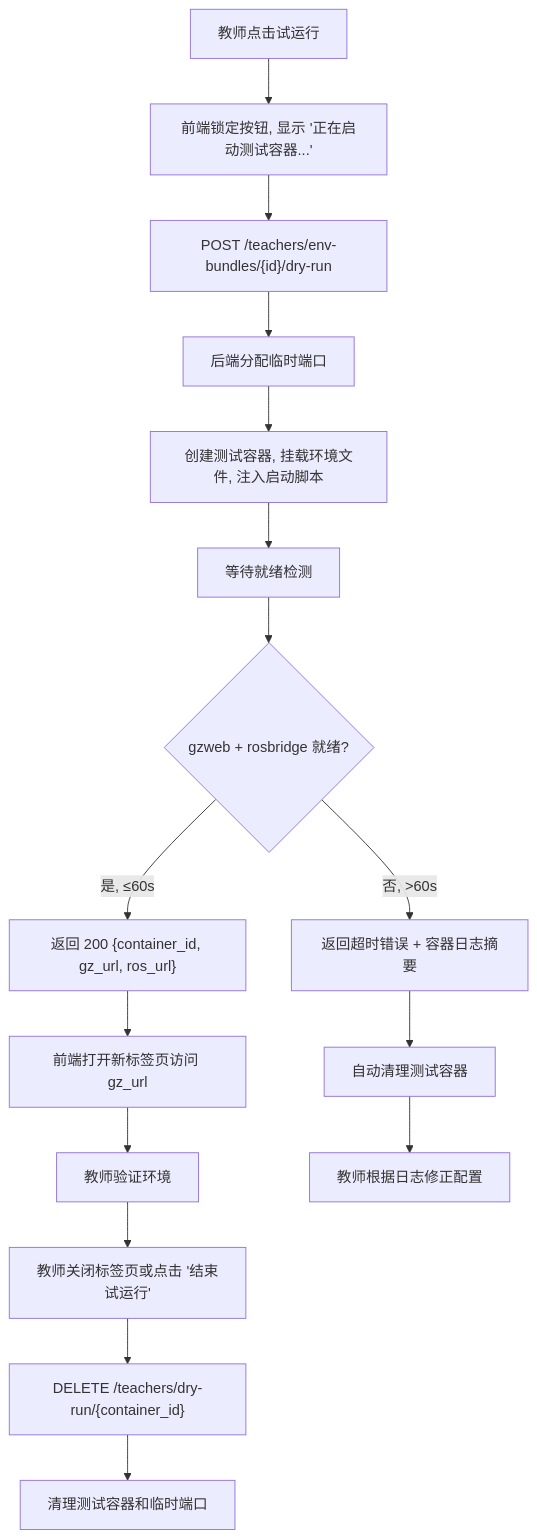
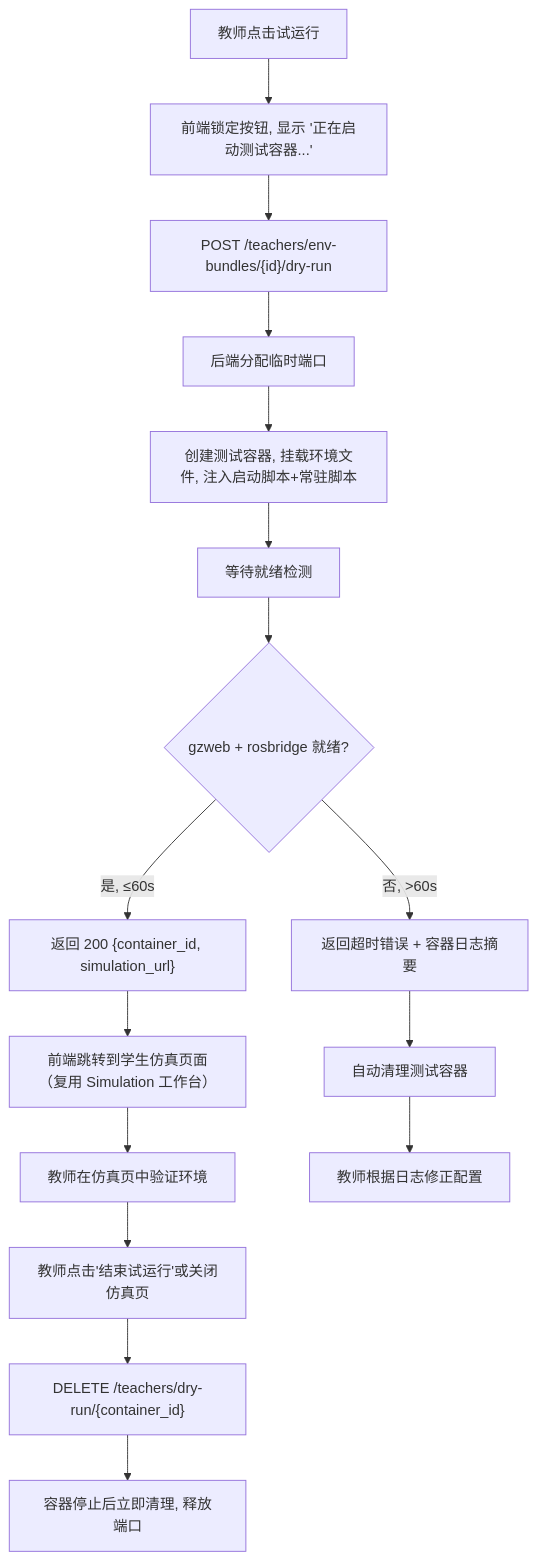
The sixth of 6 diagrams in docs/第10期/SDD-第10期补充：实验管理增强与资源管理体系.md (Thouder03/edubot-twin), drawn with Mermaid before and after one commit. The commit also changed other lines of this file, not shown here.

````diff
--- a/docs/第10期/SDD-第10期补充：实验管理增强与资源管理体系.md
+++ b/docs/第10期/SDD-第10期补充：实验管理增强与资源管理体系.md
@@ -302,18 +342,18 @@
 ```mermaid
 flowchart TD
   A[教师点击试运行] --> B[前端锁定按钮, 显示 '正在启动测试容器...']
   B --> C["POST /teachers/env-bundles/{id}/dry-run"]
   C --> D[后端分配临时端口]
-  D --> E[创建测试容器, 挂载环境文件, 注入启动脚本]
+  D --> E[创建测试容器, 挂载环境文件, 注入启动脚本+常驻脚本]
   E --> F[等待就绪检测]
   F --> G{gzweb + rosbridge 就绪?}
-  G -->|是, ≤60s| H["返回 200 {container_id, gz_url, ros_url}"]
-  H --> I[前端打开新标签页访问 gz_url]
-  I --> J[教师验证环境]
-  J --> K[教师关闭标签页或点击 '结束试运行']
+  G -->|是, ≤60s| H["返回 200 {container_id, simulation_url}"]
+  H --> I["前端跳转到学生仿真页面（复用 Simulation 工作台）"]
+  I --> J[教师在仿真页中验证环境]
+  J --> K["教师点击'结束试运行'或关闭仿真页"]
   K --> L["DELETE /teachers/dry-run/{container_id}"]
-  L --> M[清理测试容器和临时端口]
+  L --> M[容器停止后立即清理, 释放端口]
   G -->|否, >60s| N[返回超时错误 + 容器日志摘要]
   N --> O[自动清理测试容器]
   O --> P[教师根据日志修正配置]
 ```
````
